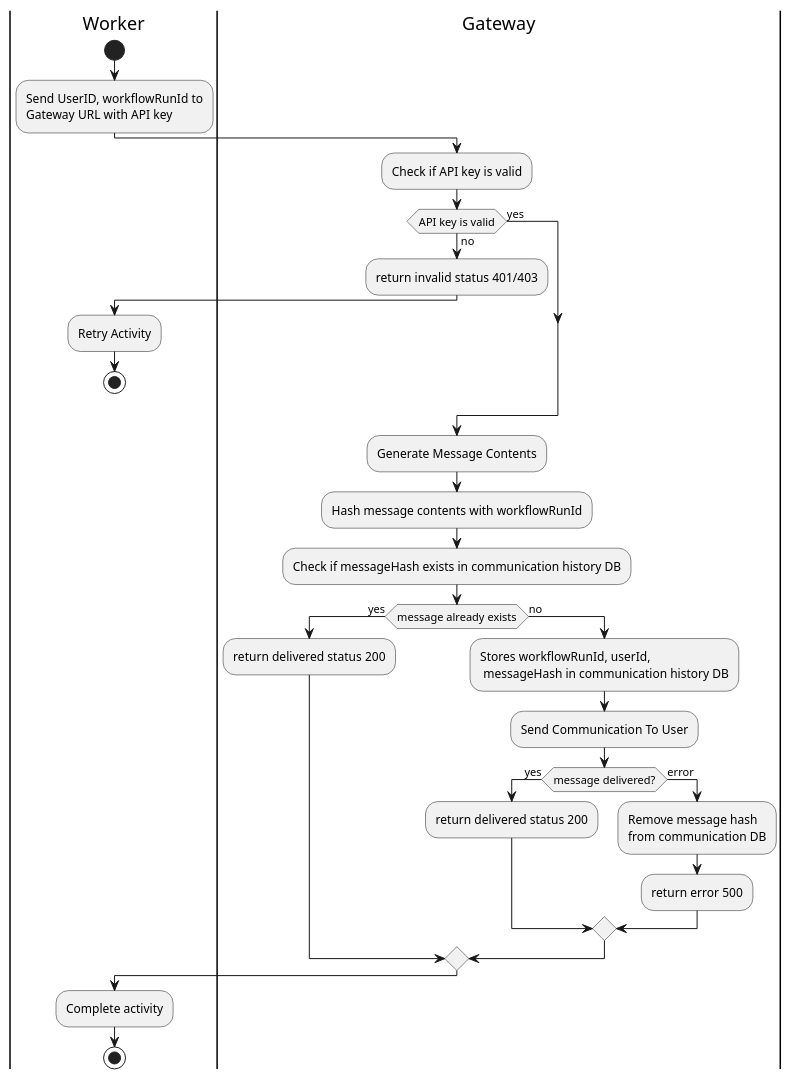
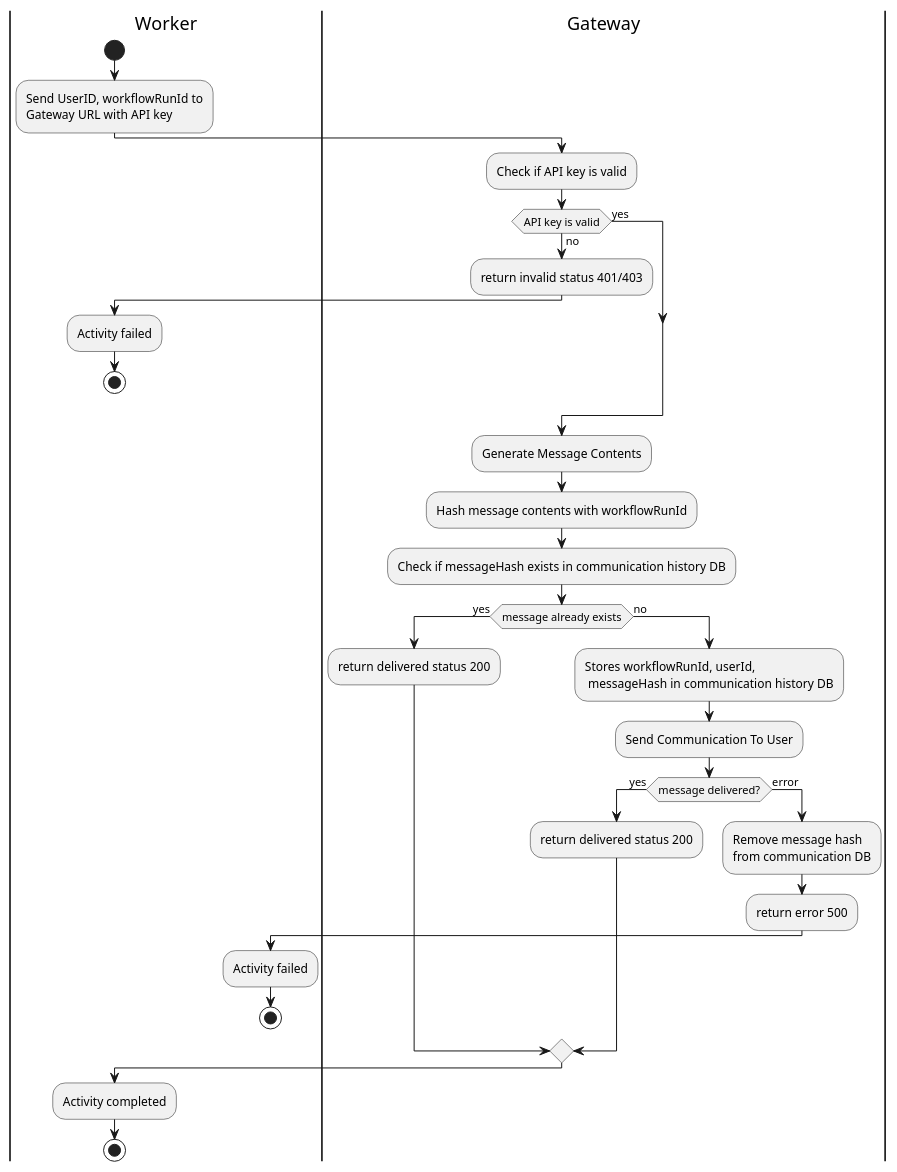
One commit to CameronWard301/communication_scheduler changed the diagram in Designs/Activity Diagrams/SendMessageToGatewayActivity.puml. Above: the diagram before and after it, drawn with PlantUML. The commit also changed 184 other files, not shown here.

```diff
--- a/Designs/Activity Diagrams/SendMessageToGatewayActivity.puml
+++ b/Designs/Activity Diagrams/SendMessageToGatewayActivity.puml
@@ -1,47 +1,50 @@
 @startuml Send Message To Gateway Activity;
 |Worker|
 
 start
 
 :Send UserID, workflowRunId to
 Gateway URL with API key;
 
 |Gateway|
 
 :Check if API key is valid;
 if (API key is valid) is (no) then
 :return invalid status 401/403;
 |Worker|
-:Retry Activity;
+:Activity failed;
 stop
 else (yes)
 
 endif
 
 |Gateway|
 :Generate Message Contents;
 :Hash message contents with workflowRunId;
 
 :Check if messageHash exists in communication history DB;
 if (message already exists) is (yes) then
 :return delivered status 200;
 else (no)
 
 :Stores workflowRunId, userId,
  messageHash in communication history DB;
 :Send Communication To User;
 
     if (message delivered?) is (yes) then
 
     :return delivered status 200;
     else (error)
     :Remove message hash
     from communication DB;
     :return error 500;
+    |Worker|
+    :Activity failed;
+    stop
     endif
 
 endif
 |Worker|
-:Complete activity;
+:Activity completed;
 stop
 @enduml
```
